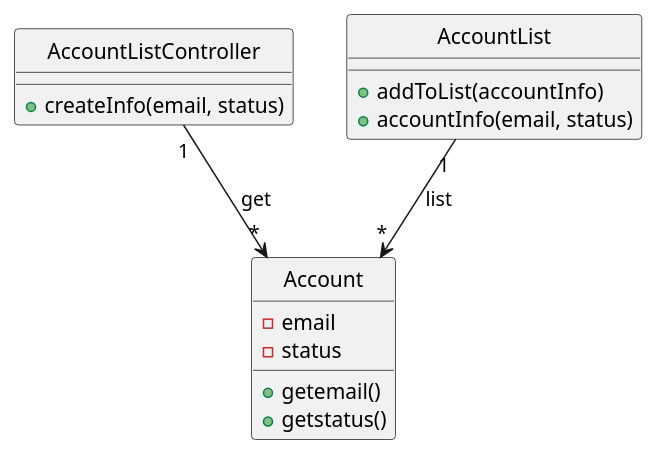
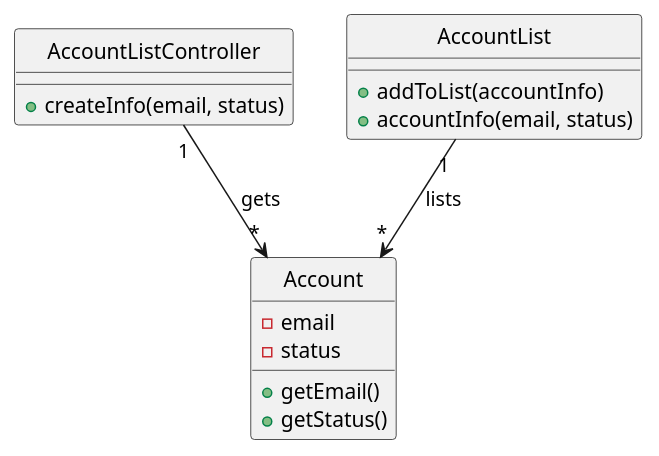
One commit to Loracline/project_switch_22-23 changed the diagram in docs/modelling_design/user_stories/us004/US004_Class_Diagram.puml. Above: the diagram before and after it, drawn with PlantUML. The commit also changed 9 other files, not shown here.

Commit message:
US002: Design - Refinement of Class Diagram (UC: To Register Account)

```diff
--- a/docs/modelling_design/user_stories/us004/US004_Class_Diagram.puml
+++ b/docs/modelling_design/user_stories/us004/US004_Class_Diagram.puml
@@ -1,25 +1,25 @@
 @startuml
 
 class Account{
 -email
 -status
-+getemail()
-+getstatus()
++getEmail()
++getStatus()
 
 }
 class "AccountListController" {
 +createInfo(email, status)
 }
 class AccountList{
 +addToList(accountInfo)
 +accountInfo(email, status)
 }
 
-"AccountList" "1" --> "*" Account: list
-"AccountListController" "1" --> "*" Account: get
+"AccountList" "1" --> "*" Account: lists
+"AccountListController" "1" --> "*" Account: gets
 
 hide "Account" circle
 hide "AccountList" circle
 hide "AccountListController" circle
 
 @enduml
```
